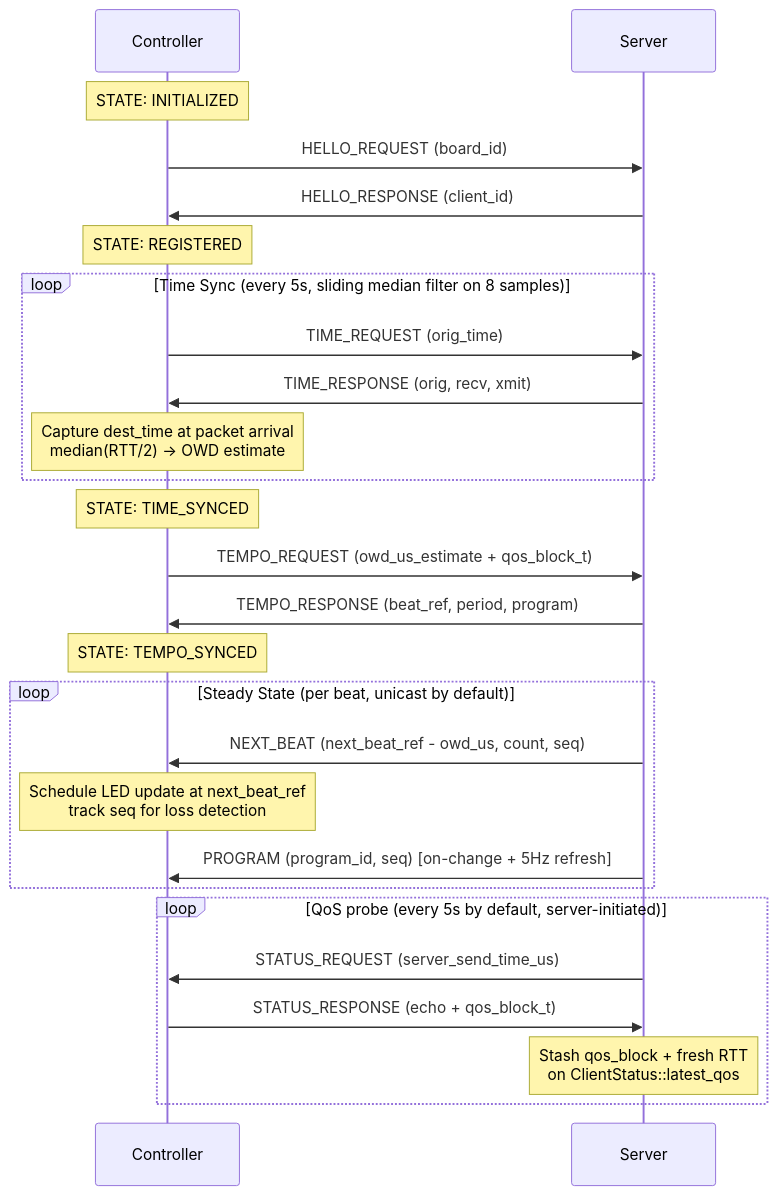
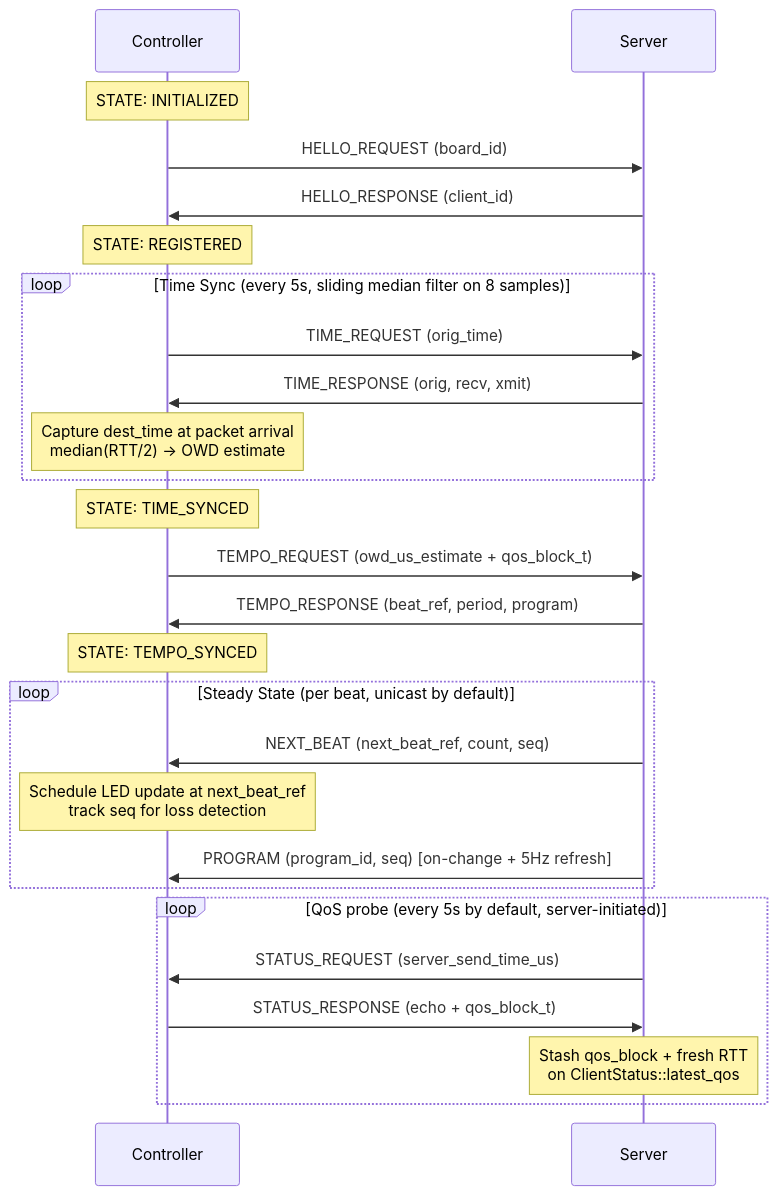
Before and after one commit to oost/beatled: the diagram in docs/controller-sync.markdown, drawn with Mermaid. The commit also changed other lines of this file and 3 other files, not shown here.

````diff
--- a/docs/controller-sync.markdown
+++ b/docs/controller-sync.markdown
@@ -12,33 +12,33 @@
 ```mermaid
 sequenceDiagram
     participant C as Controller
     participant S as Server
 
     Note over C: STATE: INITIALIZED
     C->>S: HELLO_REQUEST (board_id)
     S->>C: HELLO_RESPONSE (client_id)
     Note over C: STATE: REGISTERED
 
     loop Time Sync (every 5s, sliding median filter on 8 samples)
         C->>S: TIME_REQUEST (orig_time)
         S->>C: TIME_RESPONSE (orig, recv, xmit)
         Note over C: Capture dest_time at packet arrival<br/>median(RTT/2) → OWD estimate
     end
     Note over C: STATE: TIME_SYNCED
 
     C->>S: TEMPO_REQUEST (owd_us_estimate + qos_block_t)
     S->>C: TEMPO_RESPONSE (beat_ref, period, program)
     Note over C: STATE: TEMPO_SYNCED
 
     loop Steady State (per beat, unicast by default)
-        S->>C: NEXT_BEAT (next_beat_ref - owd_us, count, seq)
+        S->>C: NEXT_BEAT (next_beat_ref, count, seq)
         Note over C: Schedule LED update at next_beat_ref<br/>track seq for loss detection
         S->>C: PROGRAM (program_id, seq) [on-change + 5Hz refresh]
     end
 
     loop QoS probe (every 5s by default, server-initiated)
         S->>C: STATUS_REQUEST (server_send_time_us)
         C->>S: STATUS_RESPONSE (echo + qos_block_t)
         Note over S: Stash qos_block + fresh RTT<br/>on ClientStatus::latest_qos
     end
 ```
````
